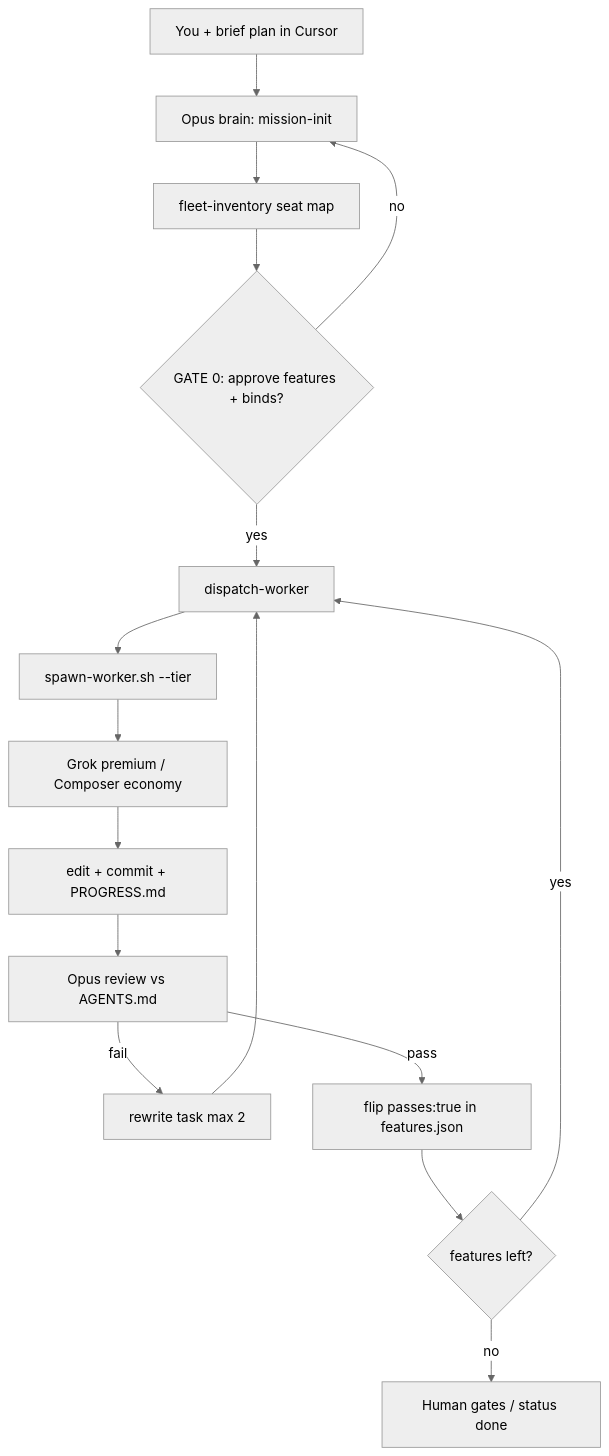
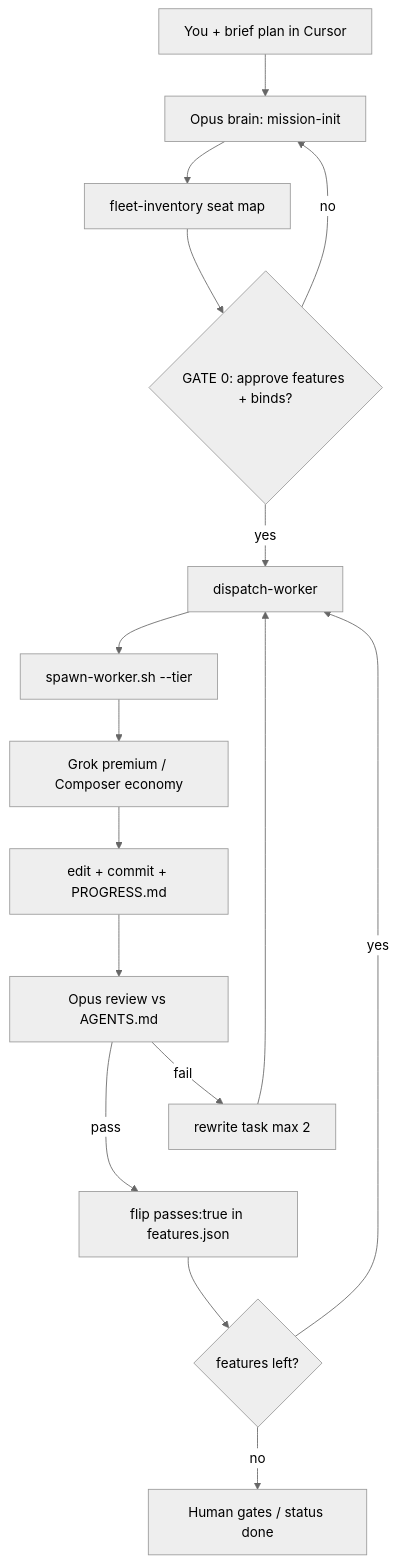
The first of 5 diagrams in README.md (hashorva/purrfect-harness), drawn with Mermaid (neutral theme) before and after one commit. The commit also changed other lines of this file and 1 other file, not shown here.

Commit message:
release: v2.2.1 — uncross README review pass/fail mermaid
Invisible Rewrite~~~Flip layout constraint so Opus review arrows stay parallel.

````diff
--- a/README.md
+++ b/README.md
@@ -24,17 +24,27 @@
 ```mermaid
 flowchart TD
   You["You + brief plan in Cursor"] --> Opus["Opus brain: mission-init"]
   Opus --> Inv["fleet-inventory seat map"]
   Inv --> Gate0{"GATE 0: approve features + binds?"}
+
   Gate0 -->|no| Opus
   Gate0 -->|yes| Dispatch["dispatch-worker"]
+
   Dispatch --> Spawn["spawn-worker.sh --tier"]
   Spawn --> Workers["Grok premium / Composer economy"]
   Workers --> Files["edit + commit + PROGRESS.md"]
   Files --> Review["Opus review vs AGENTS.md"]
-  Review -->|fail| Rewrite["rewrite task max 2"] --> Dispatch
+
+  Review -->|fail| Rewrite["rewrite task max 2"]
+  Rewrite --> Dispatch
+
   Review -->|pass| Flip["flip passes:true in features.json"]
+
+  %% Invisible layout constraint:
+  %% keeps Flip below Rewrite without drawing a visible connection
+  Rewrite ~~~ Flip
+
   Flip --> More{"features left?"}
   More -->|yes| Dispatch
   More -->|no| HumanGate["Human gates / status done"]
 ```
````
